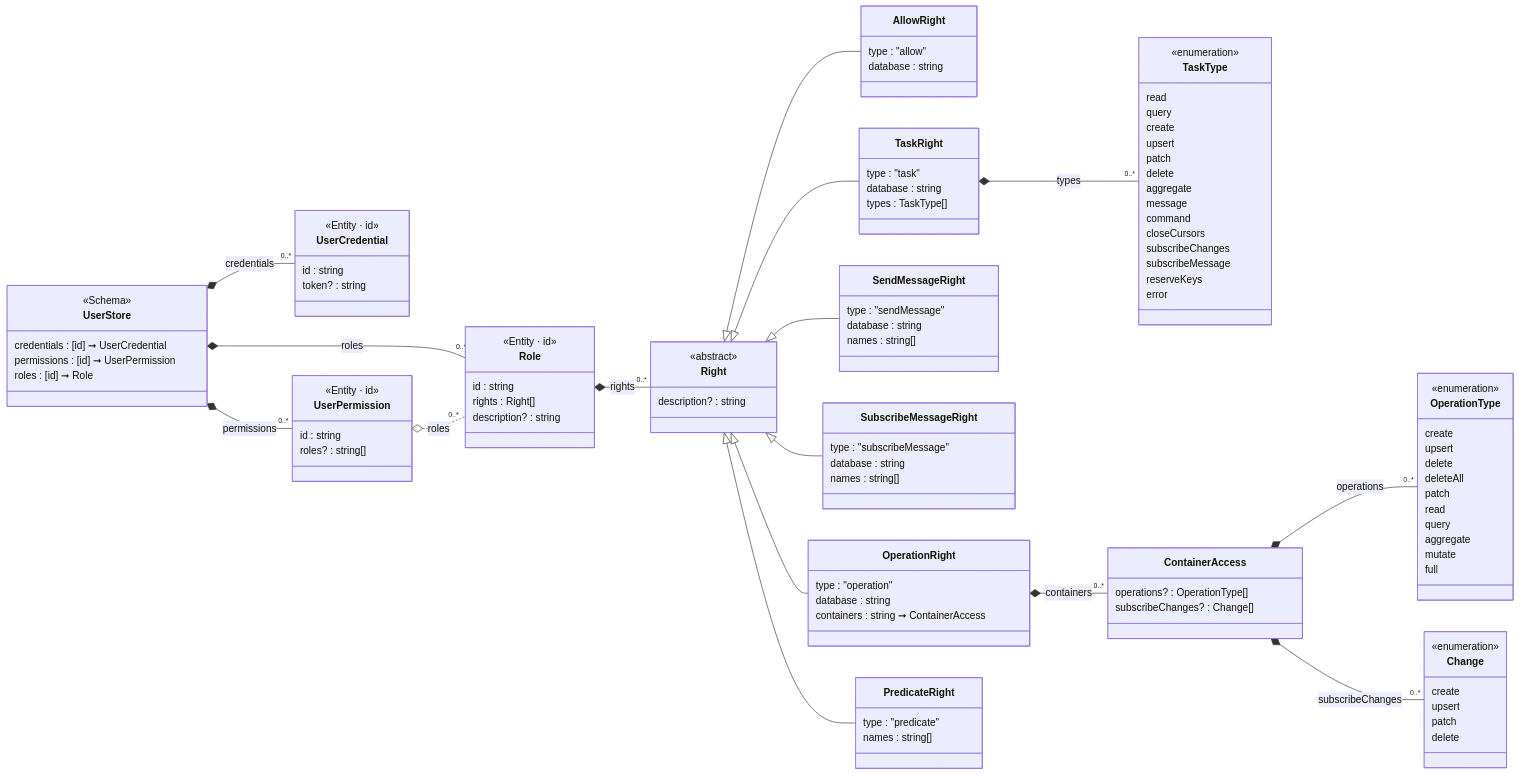
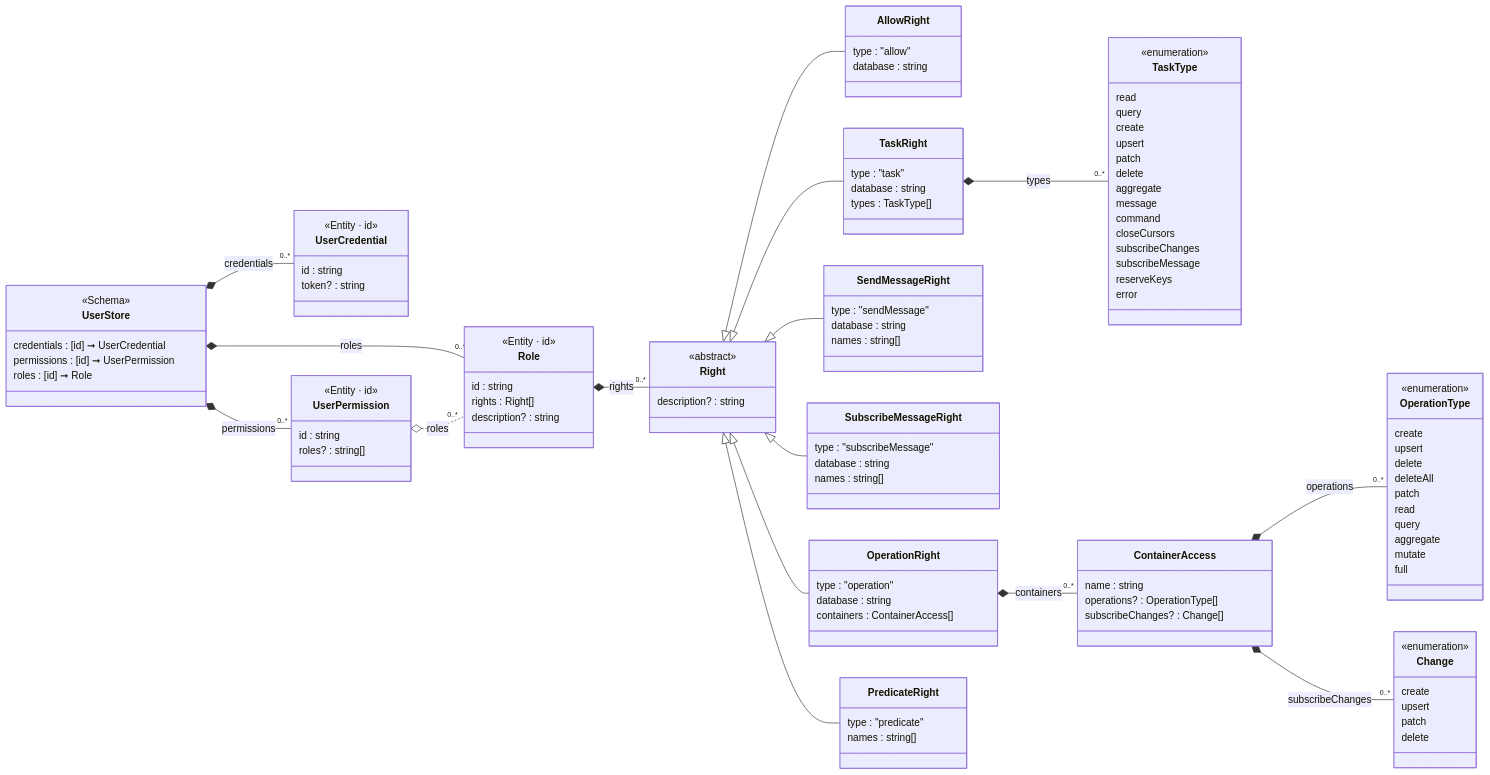
The diagram in Json.Tests/assets~/Schema/Markdown/UserStore/class-diagram.md (friflo/Friflo.Json.Fliox), drawn with Mermaid before and after one commit. The commit also changed 20 other files, not shown here.

Commit message:
OperationRight - made model GraphQL digestible - change .containers type: Dictionary<,> -> List<>

```diff
--- a/Json.Tests/assets~/Schema/Markdown/UserStore/class-diagram.md
+++ b/Json.Tests/assets~/Schema/Markdown/UserStore/class-diagram.md
@@ -73,11 +73,12 @@
 class OperationRight {
     type         : "operation"
     database     : string
-    containers   : string ➞ ContainerAccess
+    containers   : ContainerAccess[]
 }
 OperationRight *-- "0..*" ContainerAccess : containers
 
 class ContainerAccess {
+    name              : string
     operations?       : OperationType[]
     subscribeChanges? : Change[]
 }
```
